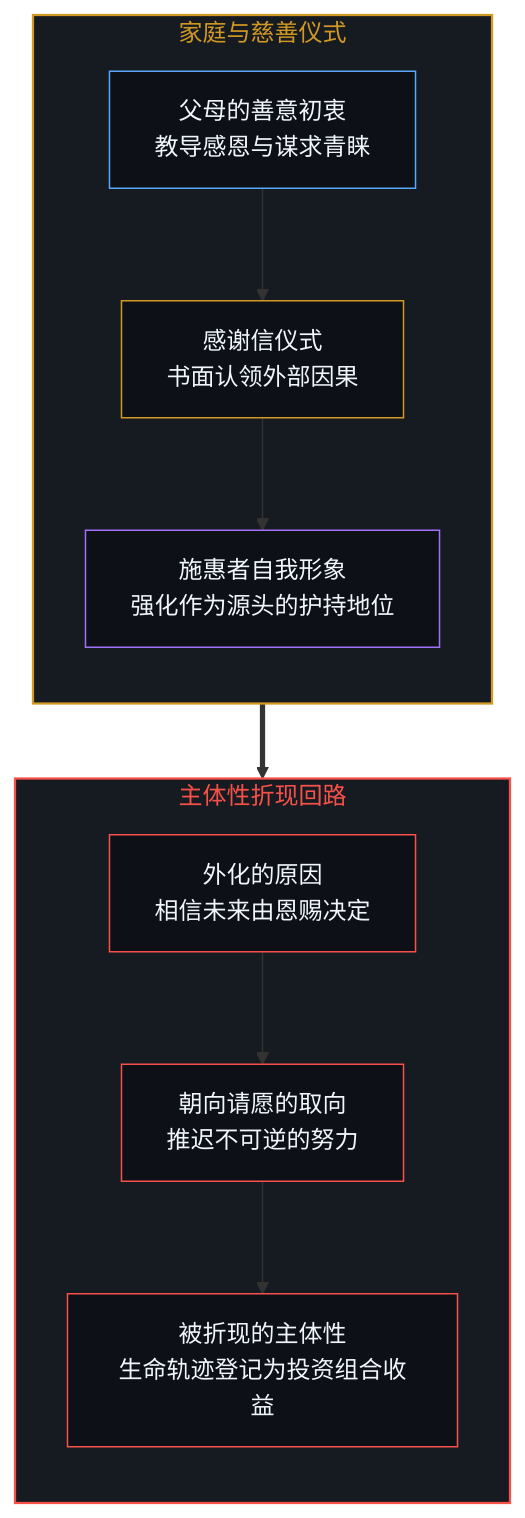
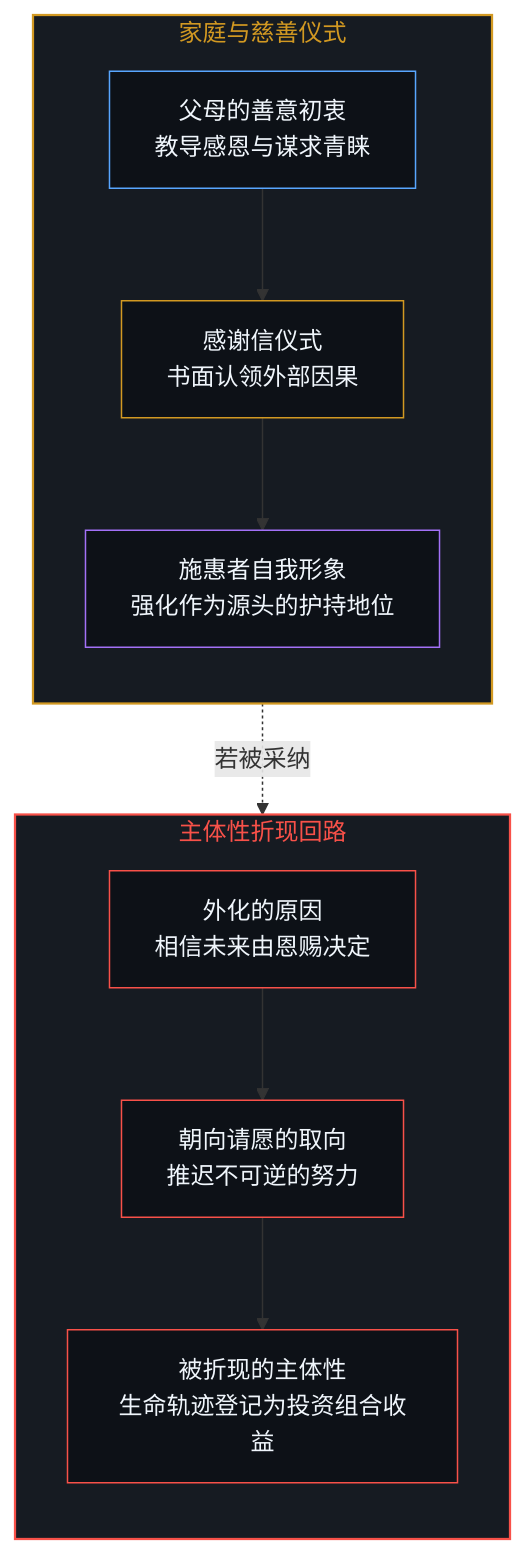
Before and after one commit to powerpig99/not-a-toe: the third of 4 diagrams in content/posts/the-discount-on-agency.md, drawn with Mermaid. The commit also changed other lines of this file and 2 other files, not shown here.

Commit message:
Consolidate Deep Sleep Batch 24 (lane-agency): remove third-person interior assertions and align diagram labels in receptionist parable and discount-on-agency

````diff
--- a/content/posts/the-discount-on-agency.md
+++ b/content/posts/the-discount-on-agency.md
@@ -85,27 +85,27 @@
 ```mermaid
 flowchart TD
   subgraph S_PAR["家庭与慈善仪式"]
     direction TB
     P_MOM["父母的善意初衷<br/>教导感恩与谋求青睐"]
     P_LET["感谢信仪式<br/>书面认领外部因果"]
     P_EGO["施惠者自我形象<br/>强化作为源头的护持地位"]
   end
   subgraph S_SUB["主体性折现回路"]
     direction TB
     S_EXT["外化的原因<br/>相信未来由恩赐决定"]
     S_DEP["朝向请愿的取向<br/>推迟不可逆的努力"]
     S_COL["被折现的主体性<br/>生命轨迹登记为投资组合收益"]
   end
   P_MOM --> P_LET
   P_LET --> P_EGO
-  P_LET ==> S_EXT
+  P_LET -.->|"若被采纳"| S_EXT
   S_EXT --> S_DEP --> S_COL
   style S_PAR fill:#161b22,stroke:#d29922,stroke-width:1.5px,color:#d29922
   style S_SUB fill:#161b22,stroke:#f85149,stroke-width:1.5px,color:#f85149
   style P_MOM fill:#0d1117,stroke:#58a6ff,stroke-width:1px,color:#f0f6fc
   style P_LET fill:#0d1117,stroke:#d29922,stroke-width:1px,color:#f0f6fc
   style P_EGO fill:#0d1117,stroke:#a371f7,stroke-width:1px,color:#f0f6fc
   style S_EXT fill:#0d1117,stroke:#f85149,stroke-width:1px,color:#f0f6fc
   style S_DEP fill:#0d1117,stroke:#f85149,stroke-width:1px,color:#f0f6fc
   style S_COL fill:#0d1117,stroke:#f85149,stroke-width:1px,color:#f0f6fc
 ```
````
